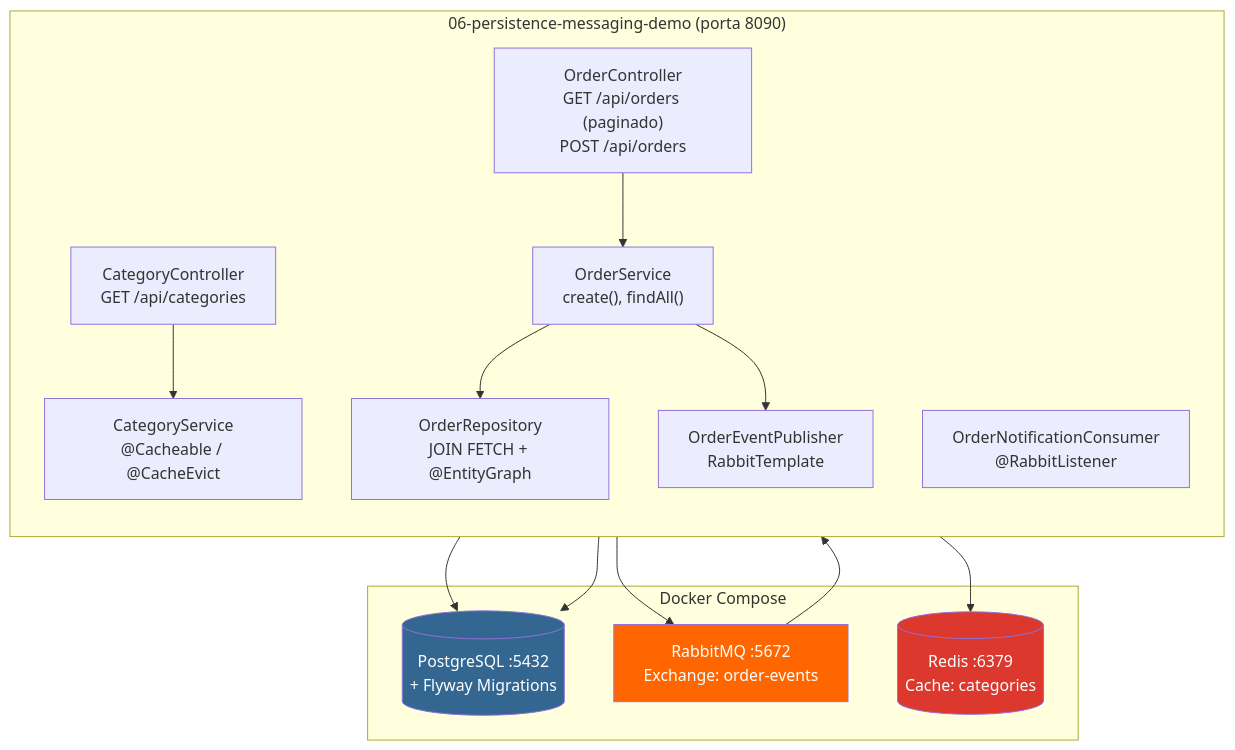
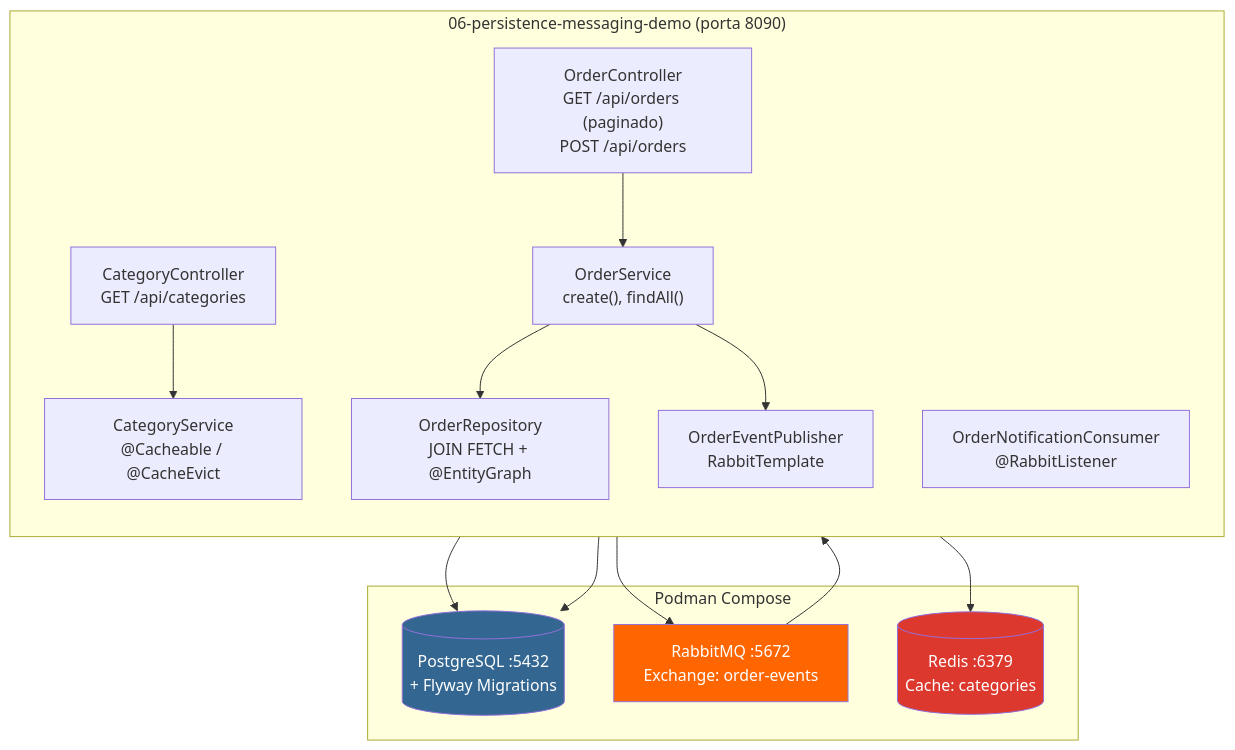
Before and after one commit to deusemarjunior/trein-java-intermed: the first of 7 diagrams in dia-06/slide-10.md, drawn with Mermaid. The commit also changed other lines of this file and 100 other files, not shown here.

Commit message:
removendo docker adicionando podman

````diff
--- a/dia-06/slide-10.md
+++ b/dia-06/slide-10.md
@@ -16,33 +16,33 @@
 ```mermaid
 graph TB
     subgraph "06-persistence-messaging-demo (porta 8090)"
         direction TB
         CTL["OrderController<br/>GET /api/orders (paginado)<br/>POST /api/orders"]
         CAT_CTL["CategoryController<br/>GET /api/categories"]
         SVC["OrderService<br/>create(), findAll()"]
         CAT_SVC["CategoryService<br/>@Cacheable / @CacheEvict"]
         REPO["OrderRepository<br/>JOIN FETCH + @EntityGraph"]
         PUB["OrderEventPublisher<br/>RabbitTemplate"]
         CONS["OrderNotificationConsumer<br/>@RabbitListener"]
     end
 
-    subgraph "Docker Compose"
+    subgraph "Podman Compose"
         DB[("PostgreSQL :5432<br/>+ Flyway Migrations")]
         MQ["RabbitMQ :5672<br/>Exchange: order-events"]
         REDIS[("Redis :6379<br/>Cache: categories")]
     end
 
     CTL --> SVC
     CAT_CTL --> CAT_SVC
     SVC --> REPO
     SVC --> PUB
     REPO --> DB
     PUB --> MQ
     MQ --> CONS
     CAT_SVC --> REDIS
     CAT_SVC --> DB
 
     style DB fill:#336791,color:#fff
     style MQ fill:#ff6600,color:#fff
     style REDIS fill:#dc382d,color:#fff
 ```
````
